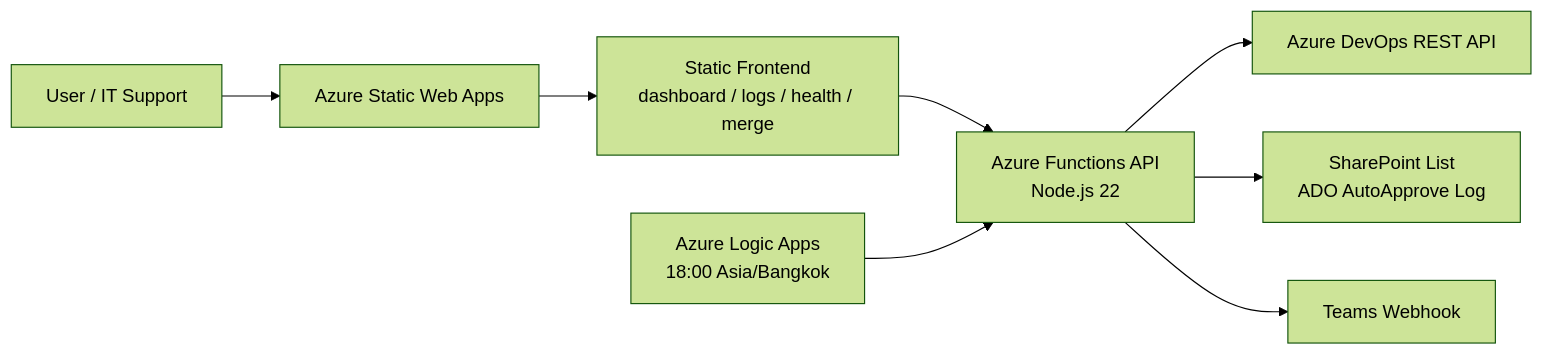
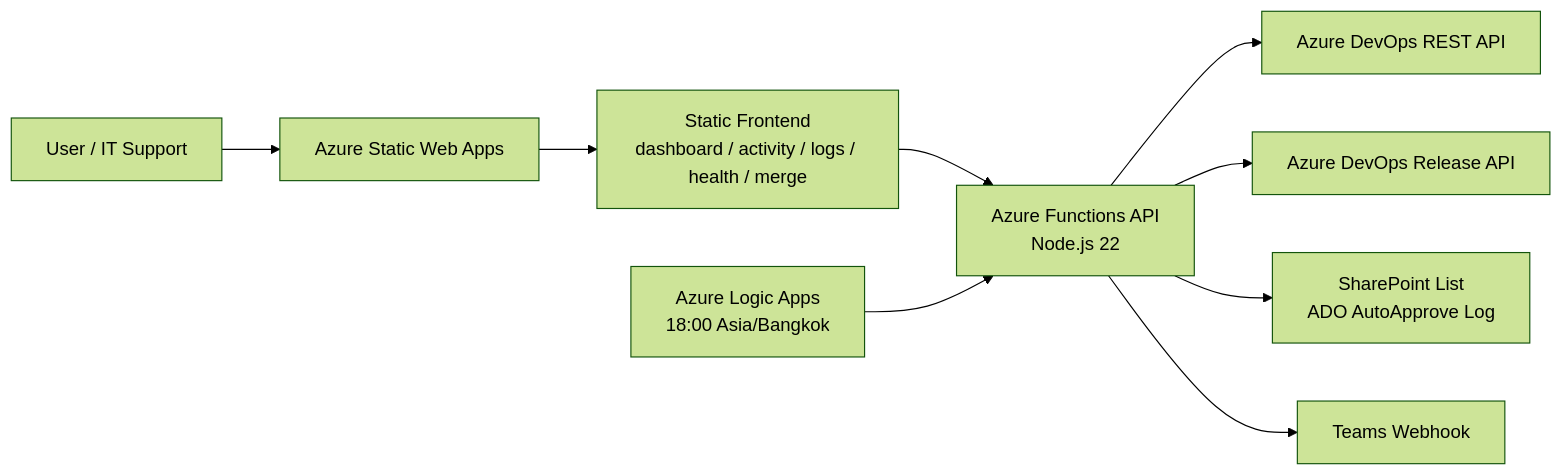
Before and after one commit to birdzee4-cmd/ado-auto-approve: the diagram in README.md, drawn with Mermaid (forest theme). The commit also changed other lines of this file, not shown here.

Commit message:
Update README for release approval workflow

````diff
--- a/README.md
+++ b/README.md
@@ -43,10 +45,11 @@
 ```mermaid
 flowchart LR
   User["User / IT Support"] --> SWA["Azure Static Web Apps"]
-  SWA --> Frontend["Static Frontend<br/>dashboard / logs / health / merge"]
+  SWA --> Frontend["Static Frontend<br/>dashboard / activity / logs / health / merge"]
   Frontend --> API["Azure Functions API<br/>Node.js 22"]
   API --> ADO["Azure DevOps REST API"]
+  API --> Release["Azure DevOps Release API"]
   API --> SP["SharePoint List<br/>ADO AutoApprove Log"]
   API --> Teams["Teams Webhook"]
   Logic["Azure Logic Apps<br/>18:00 Asia/Bangkok"] --> API
 ```
````
